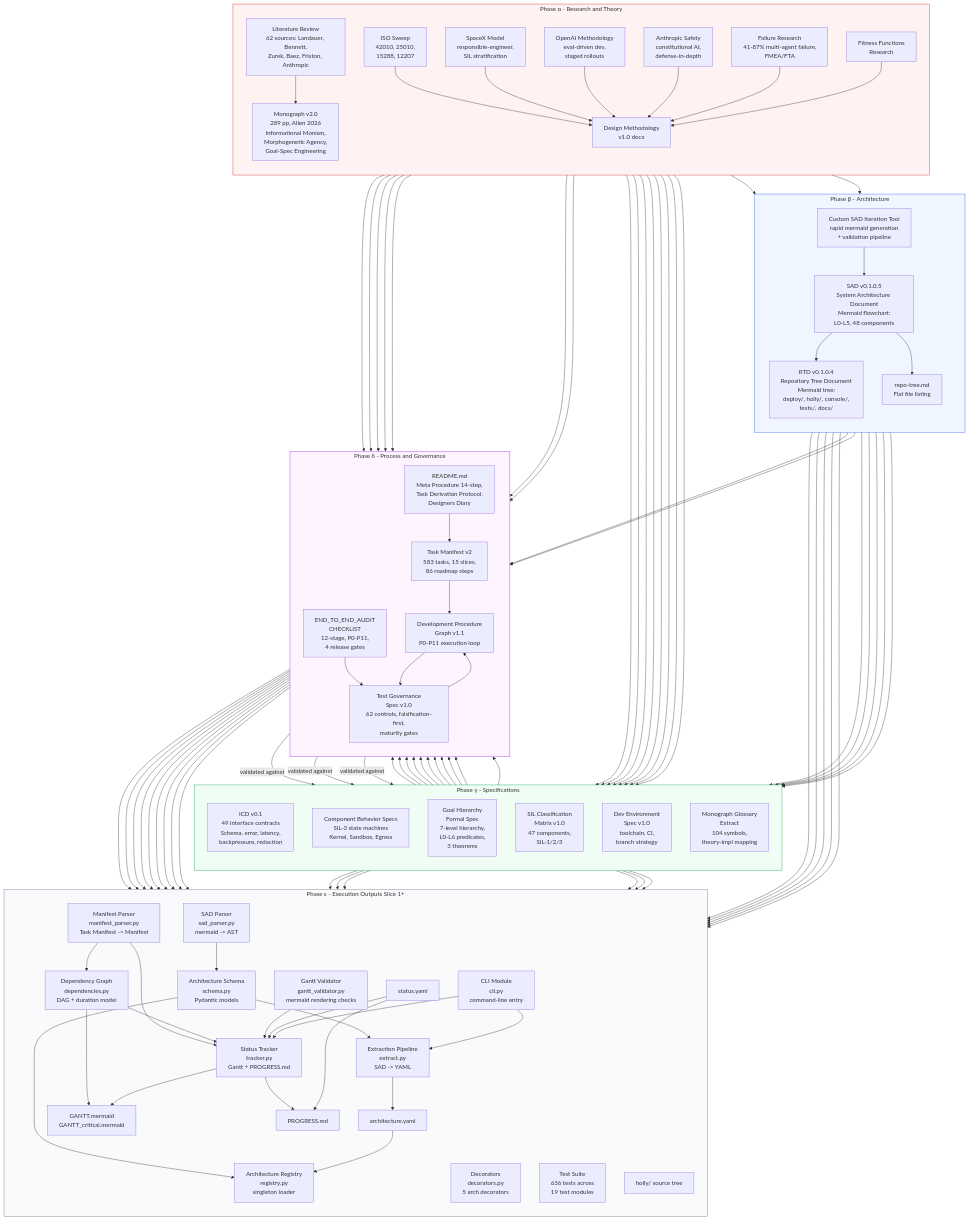
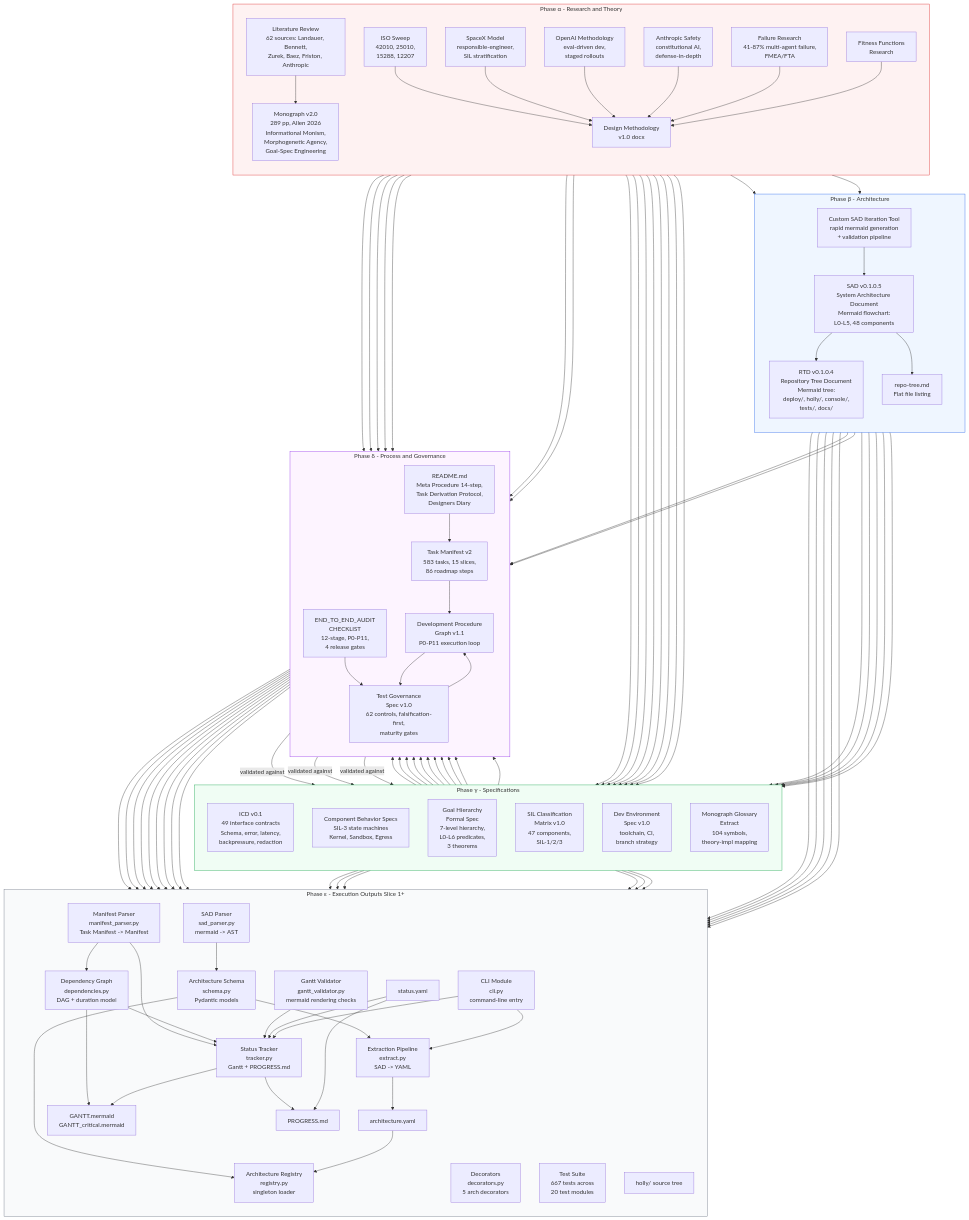
The diagram in docs/architecture/Artifact_Genealogy.md (1seansean1/ecom-agents), drawn with Mermaid before and after one commit. The commit also changed other lines of this file and 8 other files, not shown here.

```diff
--- a/docs/architecture/Artifact_Genealogy.md
+++ b/docs/architecture/Artifact_Genealogy.md
@@ -97,7 +97,7 @@
         GANTT["GANTT.mermaid\nGANTT_critical.mermaid"]
         PROG["PROGRESS.md"]
         STATYS["status.yaml"]
-        TESTS["Test Suite\n636 tests across\n19 test modules"]
+        TESTS["Test Suite\n667 tests across\n20 test modules"]
         CODE["holly/ source tree"]
     end
 
```
